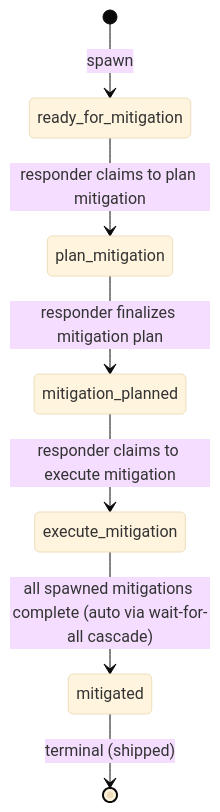
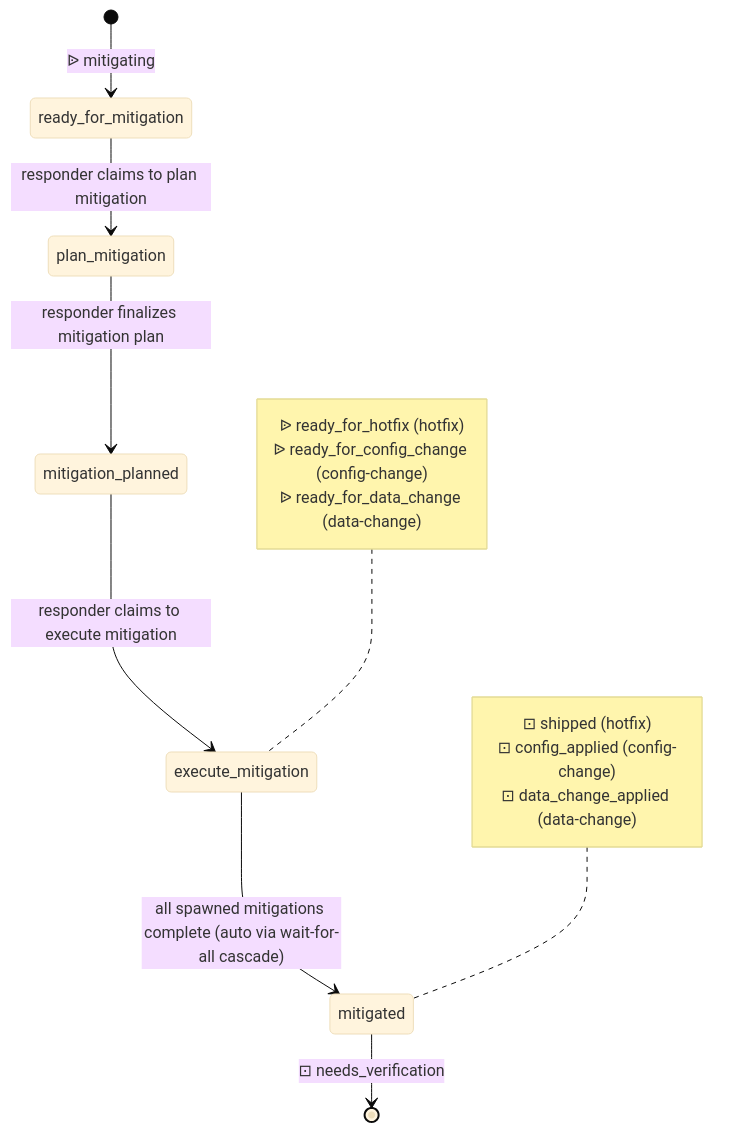
The diagram in examples/workflows/mitigation-states.mermaid (blemees/blemees-workflow), drawn with Mermaid (base theme) before and after one commit. The commit also changed 28 other files, not shown here.

```diff
--- a/examples/workflows/mitigation-states.mermaid
+++ b/examples/workflows/mitigation-states.mermaid
@@ -1,14 +1,25 @@
 stateDiagram-v2
     direction TB
     %% Cross-process interfaces:
     %%   Spawn:   execute_mitigation → process (derived from initial_state) (issue_type=hotfix, initial=ready_for_hotfix)
     %%   Spawn:   execute_mitigation → process (derived from initial_state) (issue_type=config-change, initial=ready_for_config_change)
     %%   Spawn:   execute_mitigation → process (derived from initial_state) (issue_type=data-change, initial=ready_for_data_change)
     %%
 
     ready_for_mitigation --> plan_mitigation: responder claims to plan mitigation
     plan_mitigation --> mitigation_planned: responder finalizes mitigation plan
     mitigation_planned --> execute_mitigation: responder claims to execute mitigation
     execute_mitigation --> mitigated: all spawned mitigations complete (auto via wait-for-all cascade)
-    mitigated --> [*]: terminal (shipped)
-    [*] --> ready_for_mitigation: spawn
+    mitigated --> [*]: ⊡ needs_verification
+    [*] --> ready_for_mitigation: ᐉ mitigating
+
+    note left of execute_mitigation
+        ᐉ ready_for_hotfix (hotfix)
+        ᐉ ready_for_config_change (config-change)
+        ᐉ ready_for_data_change (data-change)
+    end note
+    note left of mitigated
+        ⊡ shipped (hotfix)
+        ⊡ config_applied (config-change)
+        ⊡ data_change_applied (data-change)
+    end note
```
